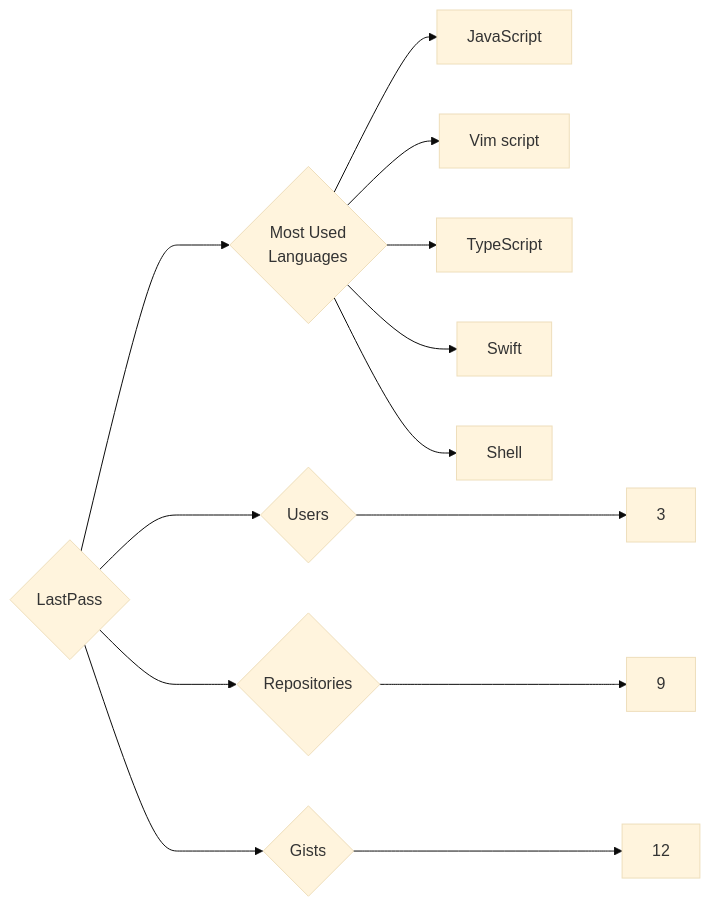
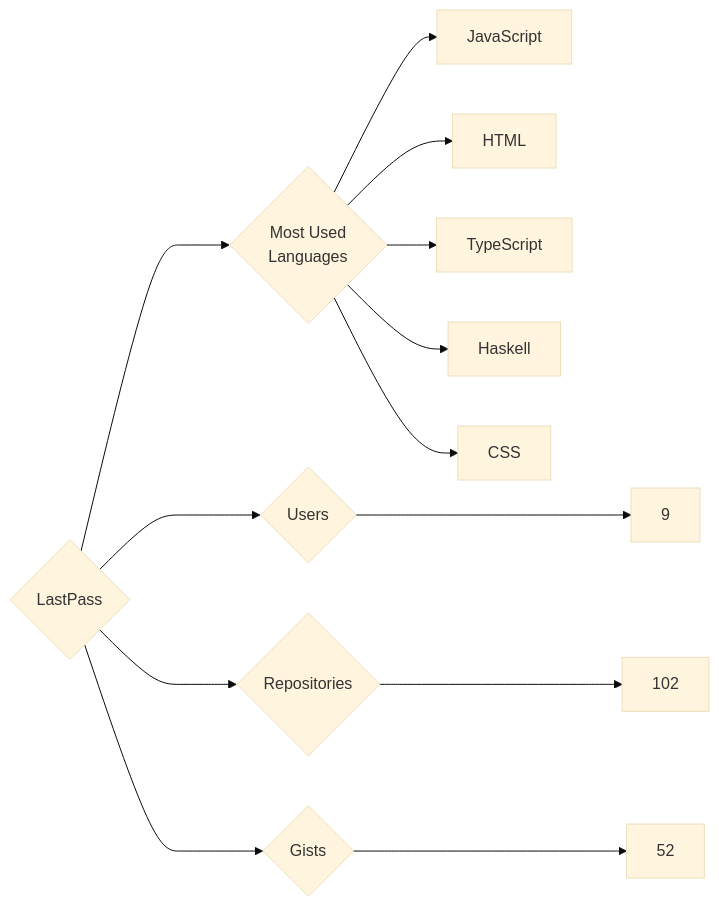
The diagram in targets/LastPass/README.md (trickest/insiders), drawn with Mermaid (base theme) before and after one commit. The commit also changed 809 other files, not shown here.

````diff
--- a/targets/LastPass/README.md
+++ b/targets/LastPass/README.md
@@ -3,13 +3,13 @@
 ```mermaid
 graph LR
 COMPANY_NAME{LastPass}
-COMPANY_NAME ---> U{Users} ---> UN[3]
-COMPANY_NAME ---> R{Repositories} ---> RN[9]
-COMPANY_NAME ---> G{Gists} ---> GN[12]
+COMPANY_NAME ---> U{Users} ---> UN[9]
+COMPANY_NAME ---> R{Repositories} ---> RN[102]
+COMPANY_NAME ---> G{Gists} ---> GN[52]
 COMPANY_NAME ---> ML{Most Used<br>Languages}
 ML --> JavaScript[JavaScript]
-ML --> Vim_script[Vim script]
+ML --> HTML[HTML]
 ML --> TypeScript[TypeScript]
-ML --> Swift[Swift]
-ML --> Shell[Shell]
+ML --> Haskell[Haskell]
+ML --> CSS[CSS]
 ```
````
